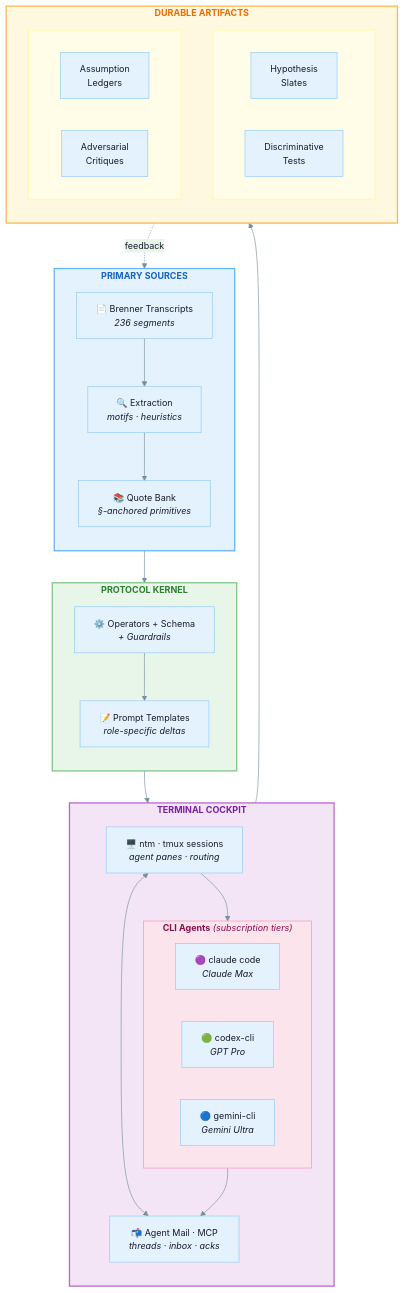
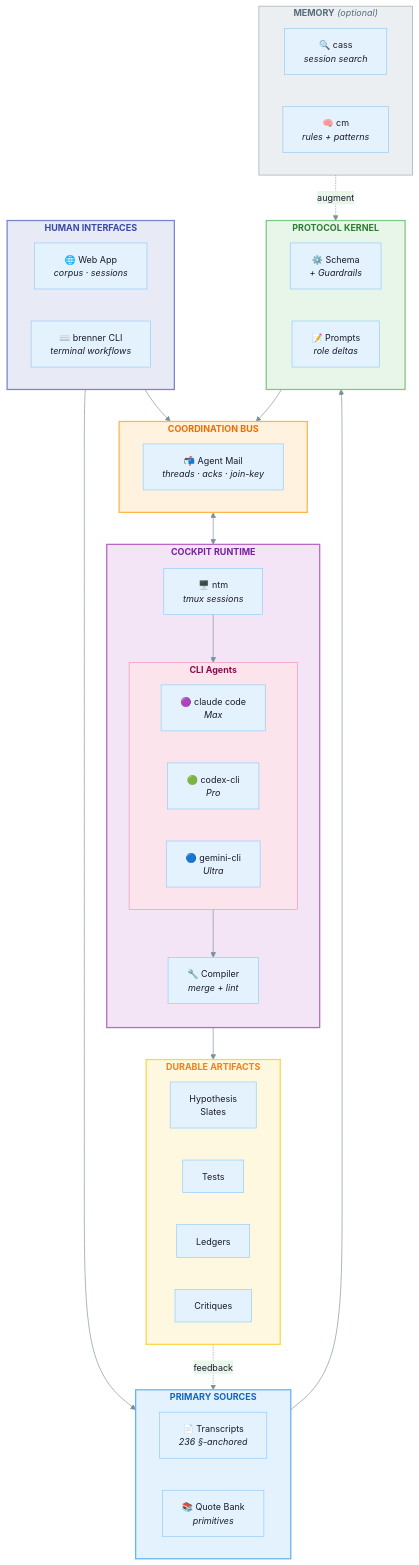
The diagram in README.md (jonathan-kellerai/brenner_bot), drawn with Mermaid before and after one commit. The commit also changed other lines of this file and 1 other file, not shown here.

First line of the commit message:
docs(readme): comprehensive update for CLI-based architecture

````diff
--- a/README.md
+++ b/README.md
@@ -148,62 +149,74 @@
 }}}%%
 
 flowchart TB
+    subgraph HUMAN["<b>HUMAN INTERFACES</b>"]
+        direction LR
+        WEB["🌐 Web App<br/><i>corpus · sessions</i>"]
+        BCLI["⌨️ brenner CLI<br/><i>terminal workflows</i>"]
+    end
+
     subgraph SOURCES["<b>PRIMARY SOURCES</b>"]
-        direction TB
-        T["📄 Brenner Transcripts<br/><i>236 segments</i>"]
-        E["🔍 Extraction<br/><i>motifs · heuristics</i>"]
-        Q["📚 Quote Bank<br/><i>§-anchored primitives</i>"]
-        T --> E --> Q
+        direction LR
+        T["📄 Transcripts<br/><i>236 §-anchored</i>"]
+        Q["📚 Quote Bank<br/><i>primitives</i>"]
     end
 
     subgraph KERNEL["<b>PROTOCOL KERNEL</b>"]
-        direction TB
-        S["⚙️ Operators + Schema<br/><i>+ Guardrails</i>"]
-        P["📝 Prompt Templates<br/><i>role-specific deltas</i>"]
-        S --> P
+        direction LR
+        S["⚙️ Schema<br/><i>+ Guardrails</i>"]
+        P["📝 Prompts<br/><i>role deltas</i>"]
     end
 
-    subgraph COCKPIT["<b>TERMINAL COCKPIT</b>"]
+    subgraph BUS["<b>COORDINATION BUS</b>"]
+        AM["📬 Agent Mail<br/><i>threads · acks · join-key</i>"]
+    end
+
+    subgraph COCKPIT["<b>COCKPIT RUNTIME</b>"]
         direction TB
-        NTM["🖥️ ntm · tmux sessions<br/><i>agent panes · routing</i>"]
-        AM["📬 Agent Mail · MCP<br/><i>threads · inbox · acks</i>"]
-        NTM <--> AM
+        NTM["🖥️ ntm<br/><i>tmux sessions</i>"]
 
-        subgraph CLI["<b>CLI Agents</b> <i>(subscription tiers)</i>"]
+        subgraph AGENTS["<b>CLI Agents</b>"]
             direction LR
-            C["🟣 claude code<br/><i>Claude Max</i>"]
-            G["🟢 codex-cli<br/><i>GPT Pro</i>"]
-            M["🔵 gemini-cli<br/><i>Gemini Ultra</i>"]
+            C["🟣 claude code<br/><i>Max</i>"]
+            G["🟢 codex-cli<br/><i>Pro</i>"]
+            M["🔵 gemini-cli<br/><i>Ultra</i>"]
         end
 
-        NTM --> CLI
-        CLI --> AM
+        AC["🔧 Compiler<br/><i>merge + lint</i>"]
+
+        NTM --> AGENTS
+        AGENTS --> AC
     end
 
     subgraph ARTIFACTS["<b>DURABLE ARTIFACTS</b>"]
-        direction TB
-        subgraph OUTPUTS[" "]
-            direction LR
-            H["Hypothesis<br/>Slates"]
-            D["Discriminative<br/>Tests"]
-        end
-        subgraph OUTPUTS2[" "]
-            direction LR
-            A["Assumption<br/>Ledgers"]
-            X["Adversarial<br/>Critiques"]
-        end
+        direction LR
+        H["Hypothesis<br/>Slates"]
+        D["Tests"]
+        A["Ledgers"]
+        X["Critiques"]
     end
 
+    subgraph MEMORY["<b>MEMORY</b> <i>(optional)</i>"]
+        direction LR
+        CASS["🔍 cass<br/><i>session search</i>"]
+        CM["🧠 cm<br/><i>rules + patterns</i>"]
+    end
+
+    HUMAN --> SOURCES
+    HUMAN --> BUS
     SOURCES --> KERNEL
-    KERNEL --> COCKPIT
+    KERNEL --> BUS
+    BUS <--> COCKPIT
     COCKPIT --> ARTIFACTS
     ARTIFACTS -.->|"feedback"| SOURCES
+    MEMORY -.->|"augment"| KERNEL
 
+    style HUMAN fill:#e8eaf6,stroke:#7986cb,stroke-width:2px,color:#3949ab
     style SOURCES fill:#e3f2fd,stroke:#64b5f6,stroke-width:2px,color:#1565c0
     style KERNEL fill:#e8f5e9,stroke:#81c784,stroke-width:2px,color:#2e7d32
+    style BUS fill:#fff3e0,stroke:#ffb74d,stroke-width:2px,color:#ef6c00
     style COCKPIT fill:#f3e5f5,stroke:#ba68c8,stroke-width:2px,color:#7b1fa2
-    style CLI fill:#fce4ec,stroke:#f48fb1,stroke-width:1px,color:#880e4f
-    style ARTIFACTS fill:#fff8e1,stroke:#ffb74d,stroke-width:2px,color:#ef6c00
-    style OUTPUTS fill:#fffde7,stroke:#fff59d,stroke-width:1px
-    style OUTPUTS2 fill:#fffde7,stroke:#fff59d,stroke-width:1px
+    style AGENTS fill:#fce4ec,stroke:#f48fb1,stroke-width:1px,color:#880e4f
+    style ARTIFACTS fill:#fff8e1,stroke:#ffd54f,stroke-width:2px,color:#f57f17
+    style MEMORY fill:#eceff1,stroke:#90a4ae,stroke-width:1px,color:#546e7a
 ```
````
